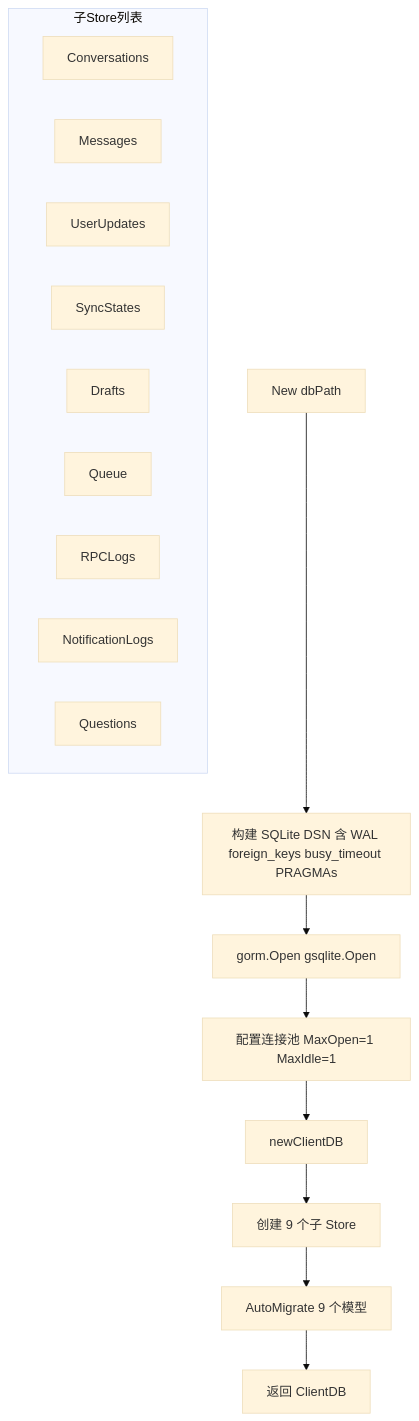
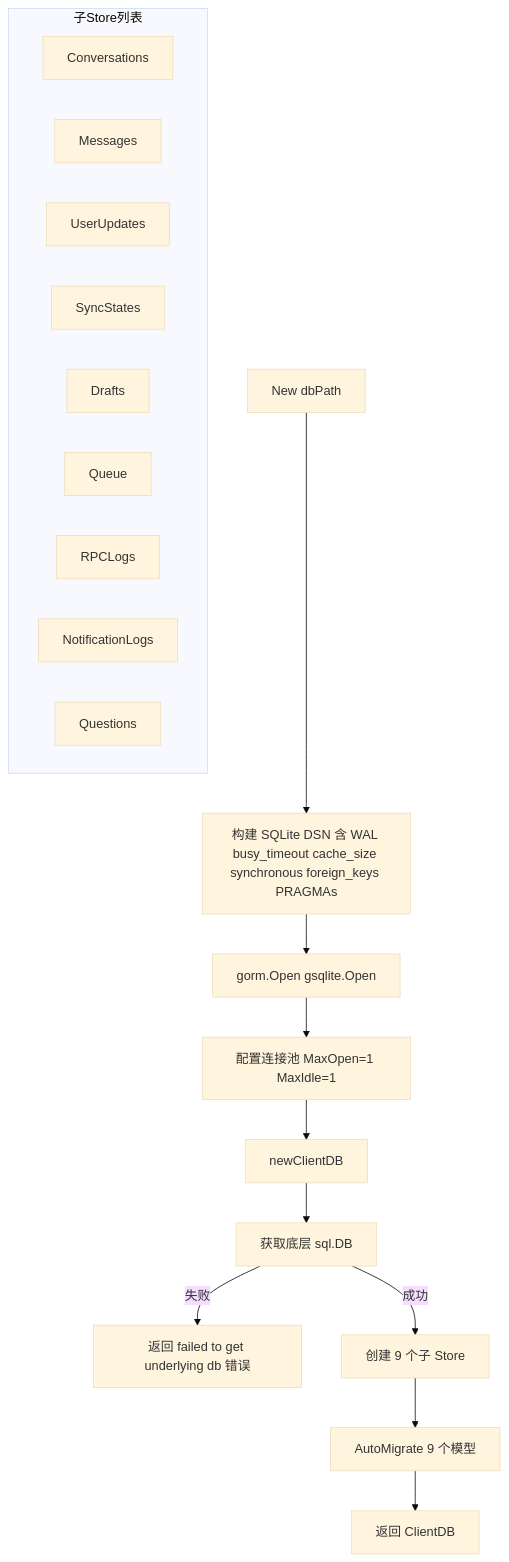
Diagram 13 of 15 in wiki/flows/storage.md (PineappleBond/xyncra-server), drawn with Mermaid (base theme) before and after one commit. The commit also changed other lines of this file and 21 other files, not shown here.

Commit message:
docs(wiki): add edge cases and fix inaccuracies across all flow documents

````diff
--- a/wiki/flows/storage.md
+++ b/wiki/flows/storage.md
@@ -730,22 +733,24 @@
 ```mermaid
 flowchart TD
-    A[New dbPath] --> B[构建 SQLite DSN 含 WAL foreign_keys busy_timeout PRAGMAs]
+    A[New dbPath] --> B[构建 SQLite DSN 含 WAL busy_timeout cache_size synchronous foreign_keys PRAGMAs]
     B --> C[gorm.Open gsqlite.Open]
     C --> D[配置连接池 MaxOpen=1 MaxIdle=1]
     D --> E[newClientDB]
-    E --> F[创建 9 个子 Store]
+    E --> E1[获取底层 sql.DB]
+    E1 -->|失败| E2[返回 failed to get underlying db 错误]
+    E1 -->|成功| F[创建 9 个子 Store]
     F --> G[AutoMigrate 9 个模型]
     G --> H[返回 ClientDB]
 
     subgraph 子Store列表
         S1[Conversations]
         S2[Messages]
         S3[UserUpdates]
         S4[SyncStates]
         S5[Drafts]
         S6[Queue]
         S7[RPCLogs]
         S8[NotificationLogs]
         S9[Questions]
     end
 ```
````
